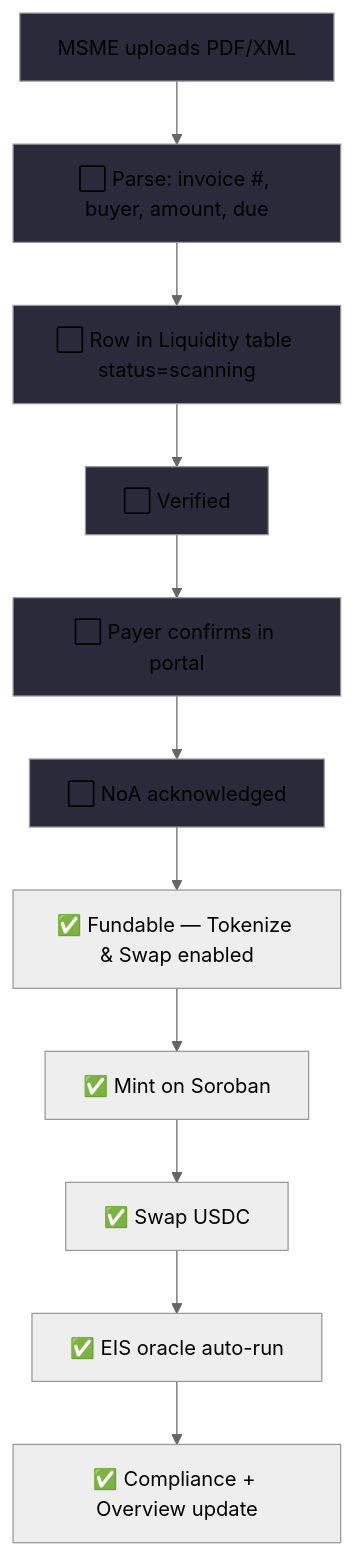
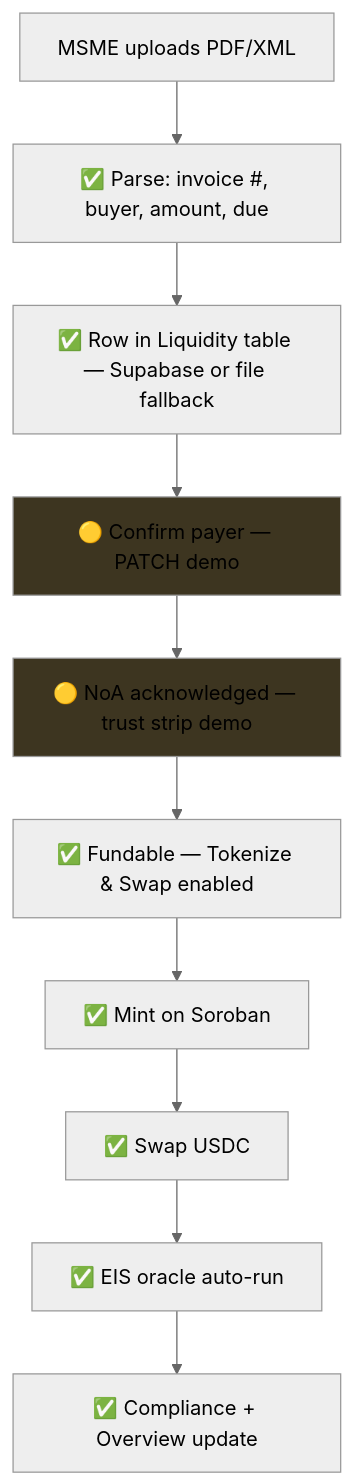
One commit to Axon-Enjin/axial changed the fourth of 8 diagrams in docs/flow.md. Above: the diagram before and after it, drawn with Mermaid (neutral theme). The commit also changed other lines of this file and 37 other files, not shown here.

````diff
--- a/docs/flow.md
+++ b/docs/flow.md
@@ -161,20 +177,15 @@
 ```mermaid
 flowchart TD
-  U["MSME uploads PDF/XML"] --> P["⬜ Parse: invoice #, buyer, amount, due"]
-  P --> R["⬜ Row in Liquidity table status=scanning"]
-  R --> V["⬜ Verified"]
-  V --> PC["⬜ Payer confirms in portal"]
-  PC --> NOA["⬜ NoA acknowledged"]
+  U["MSME uploads PDF/XML"] --> P["✅ Parse: invoice #, buyer, amount, due"]
+  P --> R["✅ Row in Liquidity table — Supabase or file fallback"]
+  R --> PC["🟡 Confirm payer — PATCH demo"]
+  PC --> NOA["🟡 NoA acknowledged — trust strip demo"]
   NOA --> OK["✅ Fundable — Tokenize & Swap enabled"]
   OK --> M["✅ Mint on Soroban"]
   M --> S["✅ Swap USDC"]
   S --> EIS["✅ EIS oracle auto-run"]
   EIS --> UI2["✅ Compliance + Overview update"]
 
-  style U fill:#2a2a3a
-  style P fill:#2a2a3a
-  style R fill:#2a2a3a
-  style V fill:#2a2a3a
-  style PC fill:#2a2a3a
-  style NOA fill:#2a2a3a
+  style PC fill:#3d3520
+  style NOA fill:#3d3520
 ```
````
